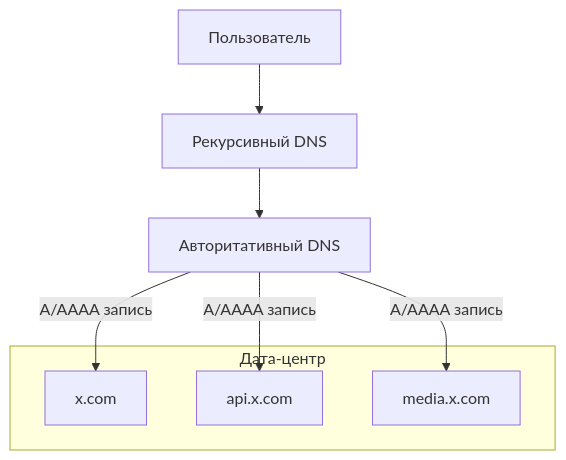
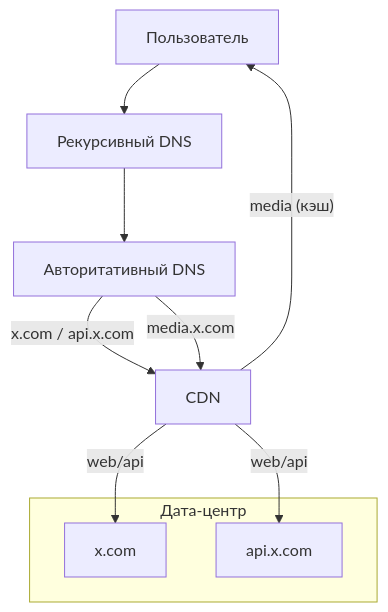
The first of 3 diagrams in README.md (art-raz/Highload2026), drawn with Mermaid before and after one commit. The commit also changed other lines of this file, not shown here.

````diff
--- a/README.md
+++ b/README.md
@@ -265,19 +265,23 @@
 ```mermaid
 flowchart TD
 	U["Пользователь"]
 	R["Рекурсивный DNS"]
 	A["Авторитативный DNS"]
-	
+
+	CDN["CDN"]
+
 	subgraph DC["Дата-центр"]
 		WEB["x.com"]
 		API["api.x.com"]
-		MEDIA["media.x.com"]
 	end
-	
+
 	U --> R
 	R --> A
-	
-	A -->|"A/AAAA запись"| WEB
-	A -->|"A/AAAA запись"| API
-	A -->|"A/AAAA запись"| MEDIA
+
+	A -->|"x.com / api.x.com"| CDN
+	A -->|"media.x.com"| CDN
+
+	CDN -->|"media (кэш)"| U
+	CDN -->|"web/api"| WEB
+	CDN -->|"web/api"| API
 ```
````
